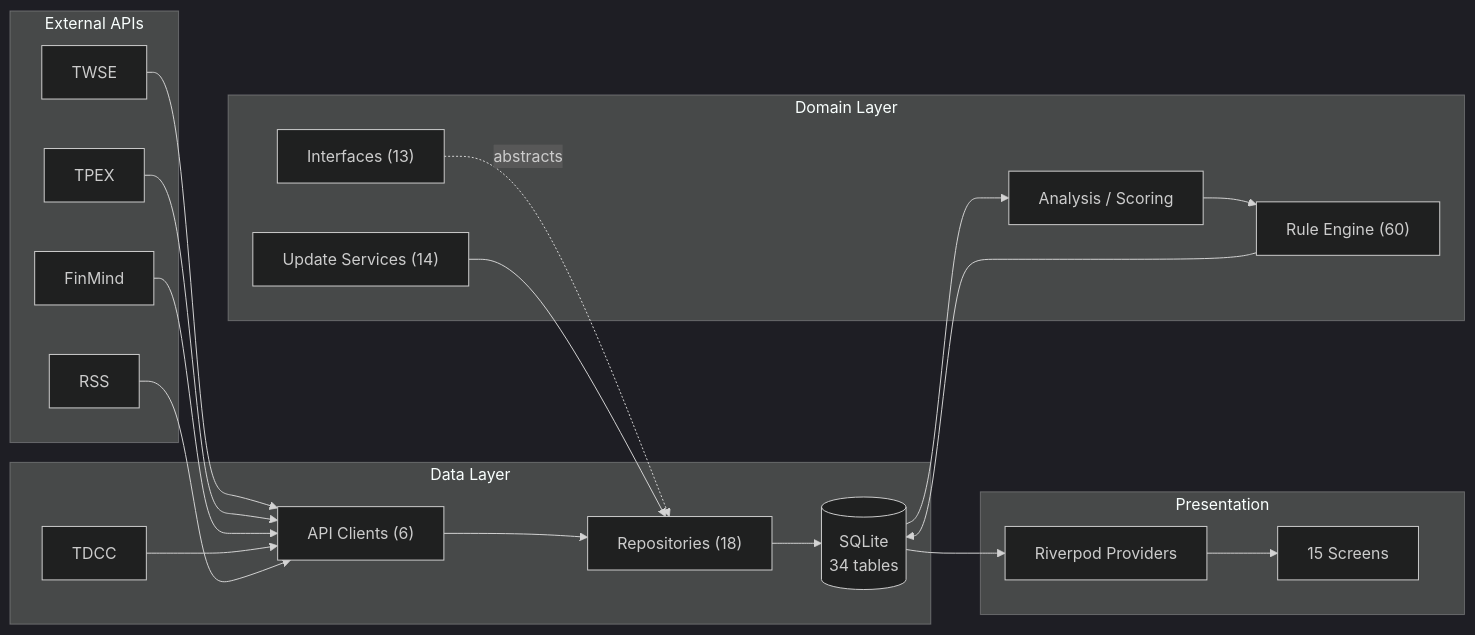
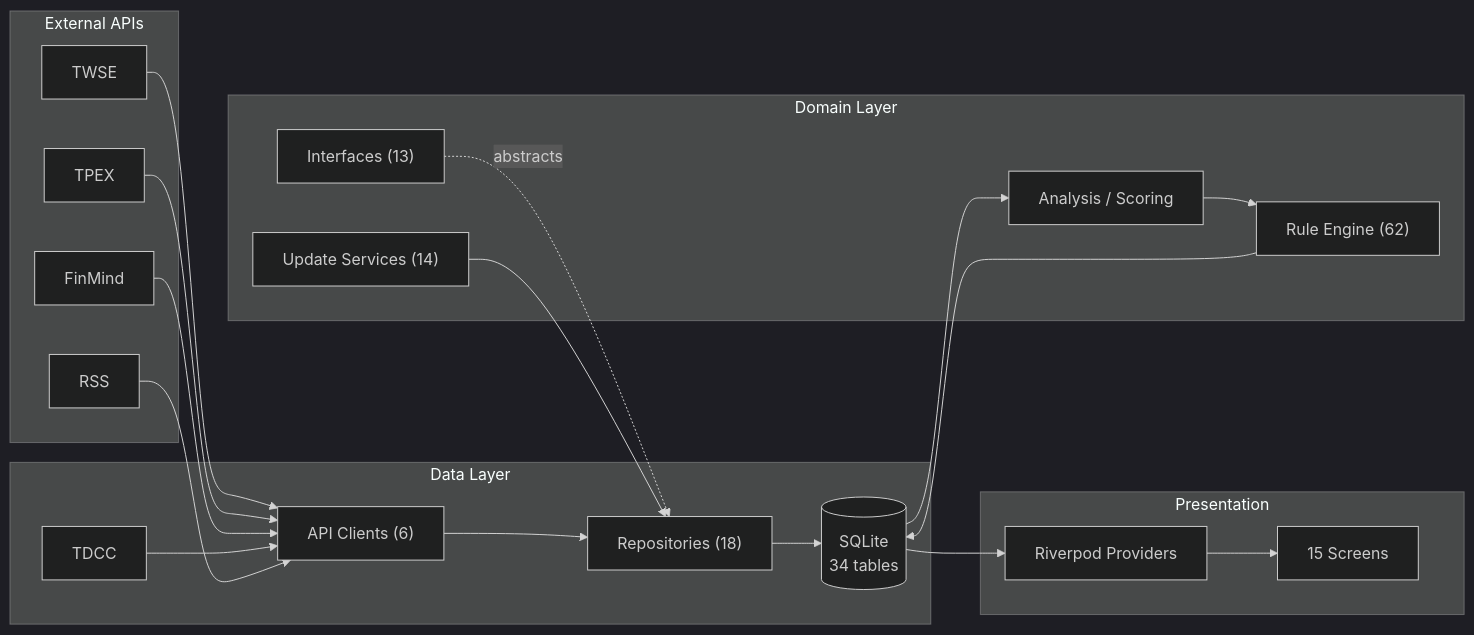
The first of 2 diagrams in README.md (Neal75418/afterclose), drawn with Mermaid before and after one commit. The commit also changed other lines of this file and 3 other files, not shown here.

````diff
--- a/README.md
+++ b/README.md
@@ -90,37 +90,37 @@
 ```mermaid
 %%{init: {'theme': 'dark'}}%%
 flowchart LR
     subgraph External["External APIs"]
         TWSE["TWSE"]
         TPEX["TPEX"]
         FM["FinMind"]
         RSS["RSS"]
     end
 
     subgraph Data["Data Layer"]
         Remote["API Clients (6)"]
         Repo["Repositories (18)"]
         TDCC["TDCC"]
         DB[("SQLite\n34 tables")]
     end
 
     subgraph Domain["Domain Layer"]
         IF["Interfaces (13)"]
         Services["Analysis / Scoring"]
-        Rules["Rule Engine (60)"]
+        Rules["Rule Engine (62)"]
         Update["Update Services (14)"]
     end
 
     subgraph Presentation["Presentation"]
         Provider["Riverpod Providers"]
         UI["15 Screens"]
     end
 
     TWSE & TPEX & FM & TDCC & RSS --> Remote
     Remote --> Repo --> DB
     IF -.->|abstracts| Repo
     DB --> Services --> Rules
     Rules --> DB
     Update --> Repo
     DB --> Provider --> UI
 ```
````
